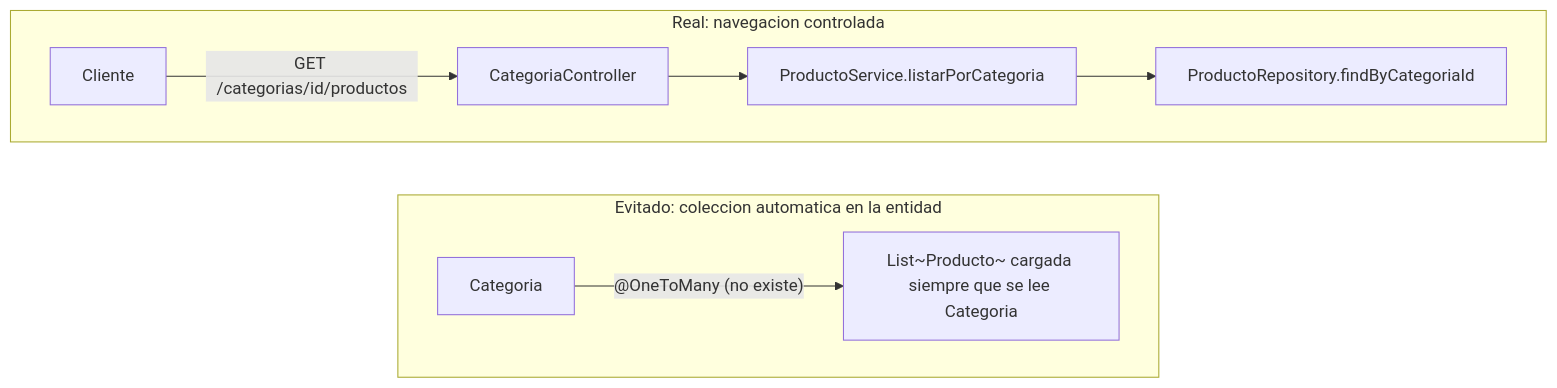
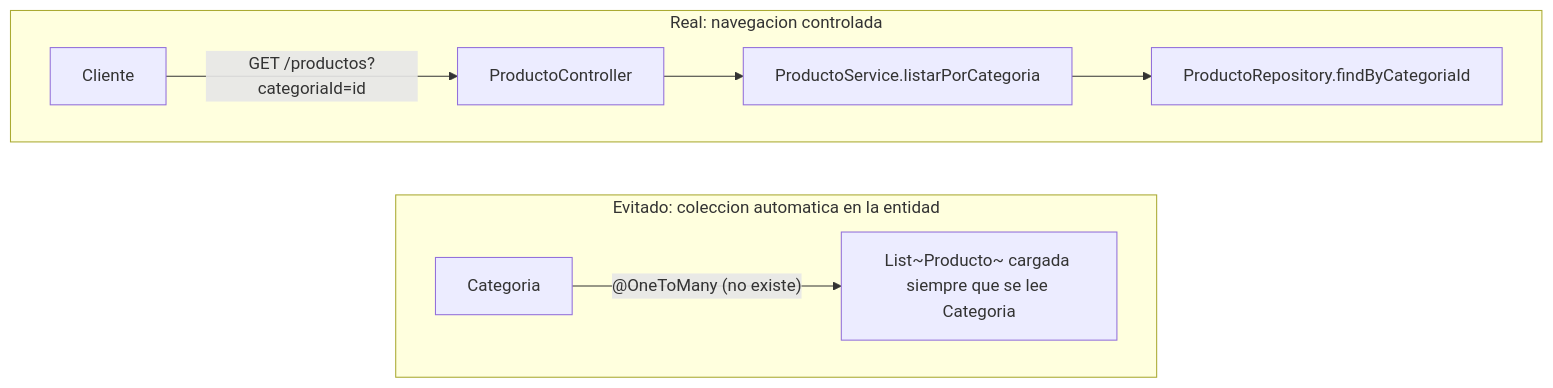
Before and after one commit to 262ciclo4/bomerp: the sixth of 10 diagrams in docs/lp2/sesiones/S03_Objetos_Relacionados_Categoria_Producto.md, drawn with Mermaid. The commit also changed other lines of this file and 9 other files, not shown here.

````diff
--- a/docs/lp2/sesiones/S03_Objetos_Relacionados_Categoria_Producto.md
+++ b/docs/lp2/sesiones/S03_Objetos_Relacionados_Categoria_Producto.md
@@ -231,13 +229,13 @@
 ```mermaid
 flowchart LR
     subgraph Evitado["Evitado: coleccion automatica en la entidad"]
         direction LR
         Cat1["Categoria"] -->|"@OneToMany (no existe)"| Lista["List~Producto~ cargada siempre que se lee Categoria"]
     end
     subgraph Real["Real: navegacion controlada"]
         direction LR
-        Cliente["Cliente"] -->|"GET /categorias/id/productos"| CatCtrl["CategoriaController"]
-        CatCtrl --> ProdSvc["ProductoService.listarPorCategoria"]
+        Cliente["Cliente"] -->|"GET /productos?categoriaId=id"| ProdCtrl["ProductoController"]
+        ProdCtrl --> ProdSvc["ProductoService.listarPorCategoria"]
         ProdSvc --> Repo["ProductoRepository.findByCategoriaId"]
     end
 ```
````
